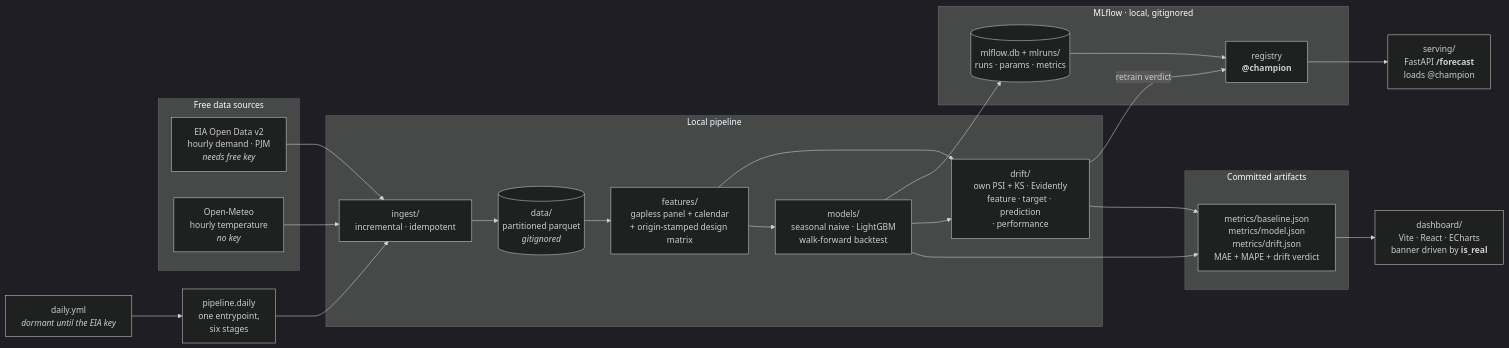
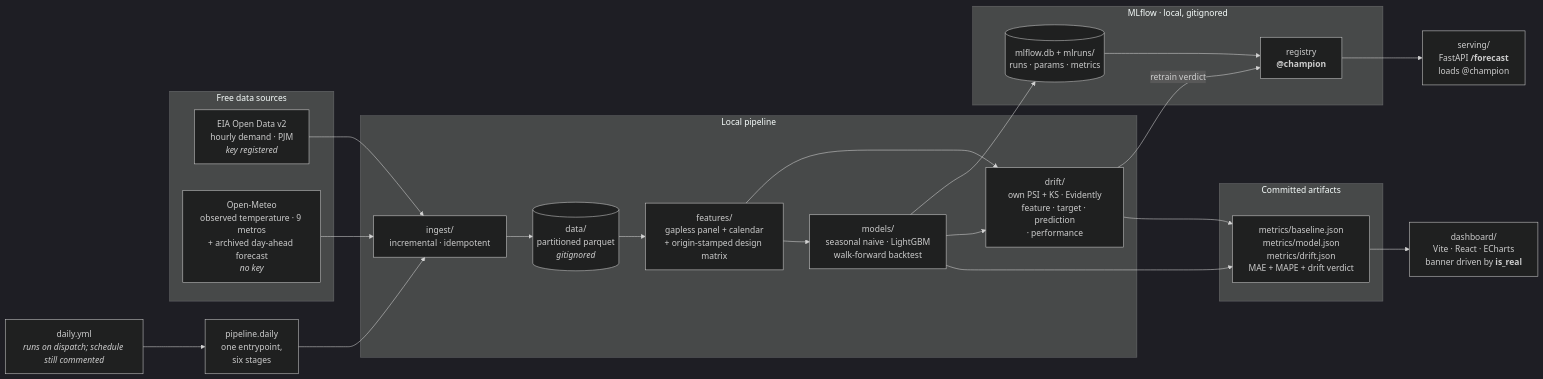
The diagram in README.md (rmonteiro-pereira/energy-forecast-drift), drawn with Mermaid (dark theme) before and after one commit. The commit also changed other lines of this file and 1 other file, not shown here.

````diff
--- a/README.md
+++ b/README.md
@@ -110,37 +114,37 @@
 ```mermaid
 flowchart LR
     subgraph sources["Free data sources"]
-        EIA["EIA Open Data v2<br/>hourly demand · PJM<br/><i>needs free key</i>"]
-        OM["Open-Meteo<br/>hourly temperature<br/><i>no key</i>"]
+        EIA["EIA Open Data v2<br/>hourly demand · PJM<br/><i>key registered</i>"]
+        OM["Open-Meteo<br/>observed temperature · 9 metros<br/>+ archived day-ahead forecast<br/><i>no key</i>"]
     end
 
     subgraph pipeline["Local pipeline"]
         ING["ingest/<br/>incremental · idempotent"]
         LAKE[("data/<br/>partitioned parquet<br/><i>gitignored</i>")]
         FEAT["features/<br/>gapless panel + calendar<br/>+ origin-stamped design matrix"]
         MODEL["models/<br/>seasonal naive · LightGBM<br/>walk-forward backtest"]
         DRIFT["drift/<br/>own PSI + KS · Evidently<br/>feature · target · prediction<br/>· performance"]
     end
 
     subgraph mlops["MLflow · local, gitignored"]
         TRACK[("mlflow.db + mlruns/<br/>runs · params · metrics")]
         REG["registry<br/><b>@champion</b>"]
     end
 
     subgraph published["Committed artifacts"]
         METRICS["metrics/baseline.json<br/>metrics/model.json<br/>metrics/drift.json<br/>MAE + MAPE + drift verdict"]
     end
 
     EIA --> ING
     OM --> ING
     ING --> LAKE --> FEAT --> MODEL --> METRICS
     FEAT --> DRIFT --> METRICS
     MODEL --> DRIFT
     MODEL --> TRACK --> REG
     DRIFT -->|"retrain verdict"| REG
     REG --> SERVE["serving/<br/>FastAPI <b>/forecast</b><br/>loads @champion"]
 
-    CRON["daily.yml<br/><i>dormant until the EIA key</i>"] --> PIPE["pipeline.daily<br/>one entrypoint,<br/>six stages"]
+    CRON["daily.yml<br/><i>runs on dispatch; schedule still commented</i>"] --> PIPE["pipeline.daily<br/>one entrypoint,<br/>six stages"]
     PIPE --> ING
     METRICS --> DASH["dashboard/<br/>Vite · React · ECharts<br/>banner driven by <b>is_real</b>"]
 ```
````
